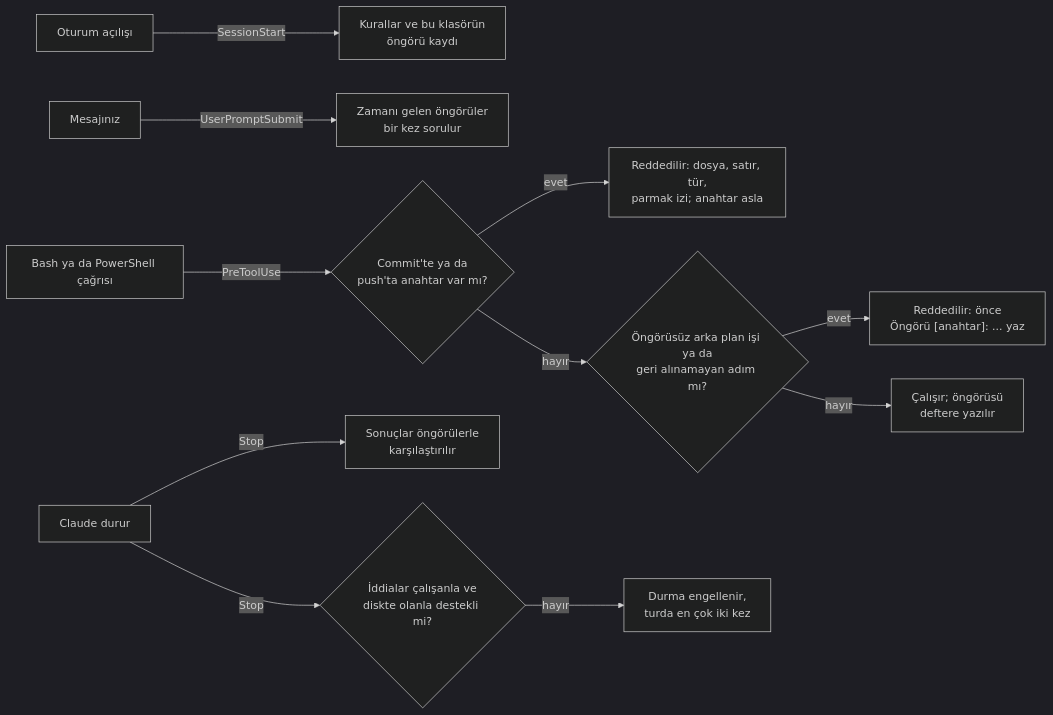
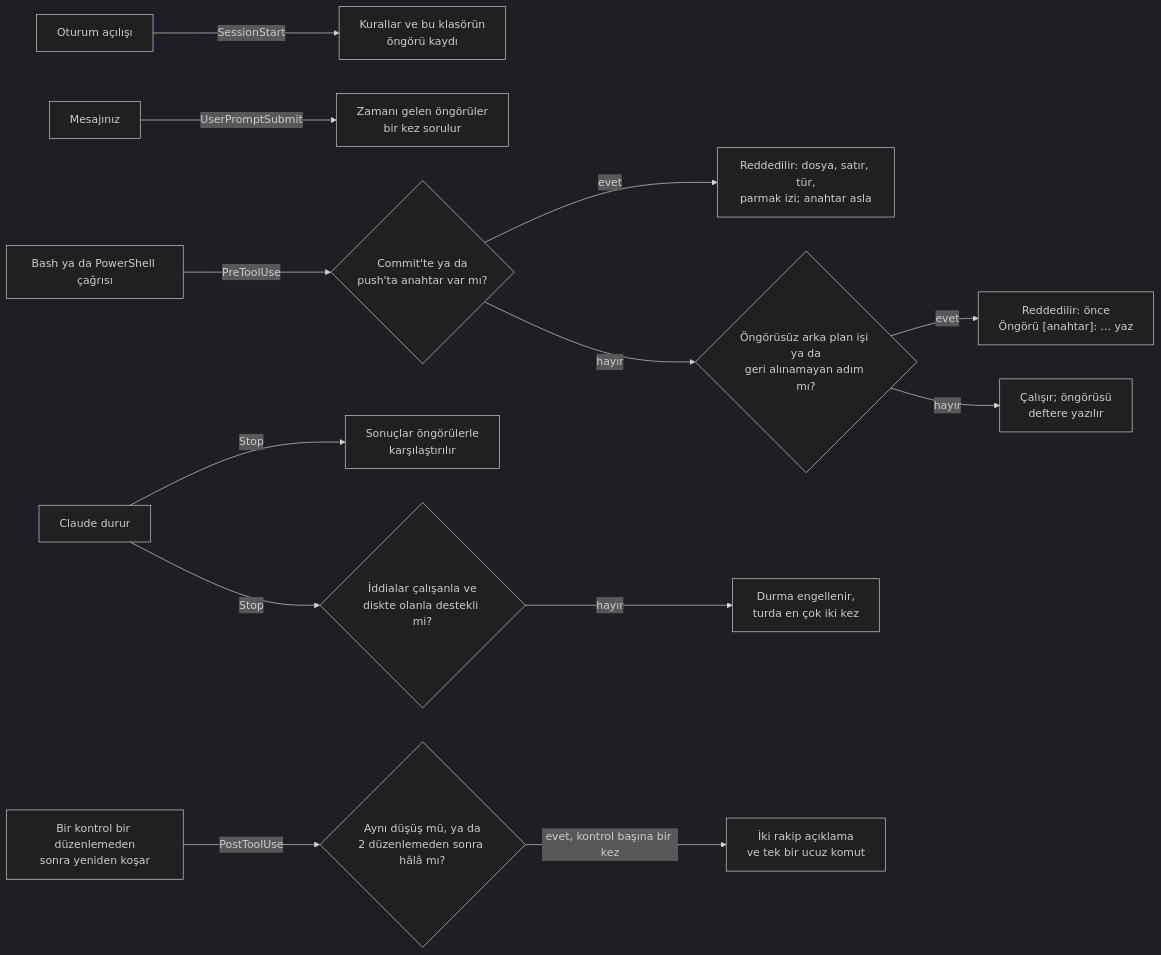
The diagram in plugins/col/README.tr.md (cihanatak/lr-memory), drawn with Mermaid (dark theme) before and after one commit. The commit also changed other lines of this file and 21 other files, not shown here.

````diff
--- a/plugins/col/README.tr.md
+++ b/plugins/col/README.tr.md
@@ -118,13 +127,15 @@
 ```mermaid
 flowchart LR
   S["Oturum açılışı"] -->|SessionStart| R["Kurallar ve bu klasörün<br/>öngörü kaydı"]
   U["Mesajınız"] -->|UserPromptSubmit| D["Zamanı gelen öngörüler<br/>bir kez sorulur"]
   B["Bash ya da PowerShell çağrısı"] -->|PreToolUse| K{"Commit'te ya da<br/>push'ta anahtar var mı?"}
   K -->|evet| X["Reddedilir: dosya, satır, tür,<br/>parmak izi; anahtar asla"]
   K -->|hayır| G{"Öngörüsüz arka plan işi ya da<br/>geri alınamayan adım mı?"}
   G -->|evet| Y["Reddedilir: önce<br/>Öngörü [anahtar]: ... yaz"]
   G -->|hayır| Run["Çalışır; öngörüsü<br/>deftere yazılır"]
   E["Claude durur"] -->|Stop| L["Sonuçlar öngörülerle<br/>karşılaştırılır"]
   E -->|Stop| C{"İddialar çalışanla ve<br/>diskte olanla destekli mi?"}
   C -->|hayır| Block["Durma engellenir,<br/>turda en çok iki kez"]
+  F["Bir kontrol bir düzenlemeden<br/>sonra yeniden koşar"] -->|PostToolUse| Q{"Aynı düşüş mü, ya da<br/>2 düzenlemeden sonra hâlâ mı?"}
+  Q -->|evet, kontrol başına bir kez| A["İki rakip açıklama<br/>ve tek bir ucuz komut"]
 ```
````
